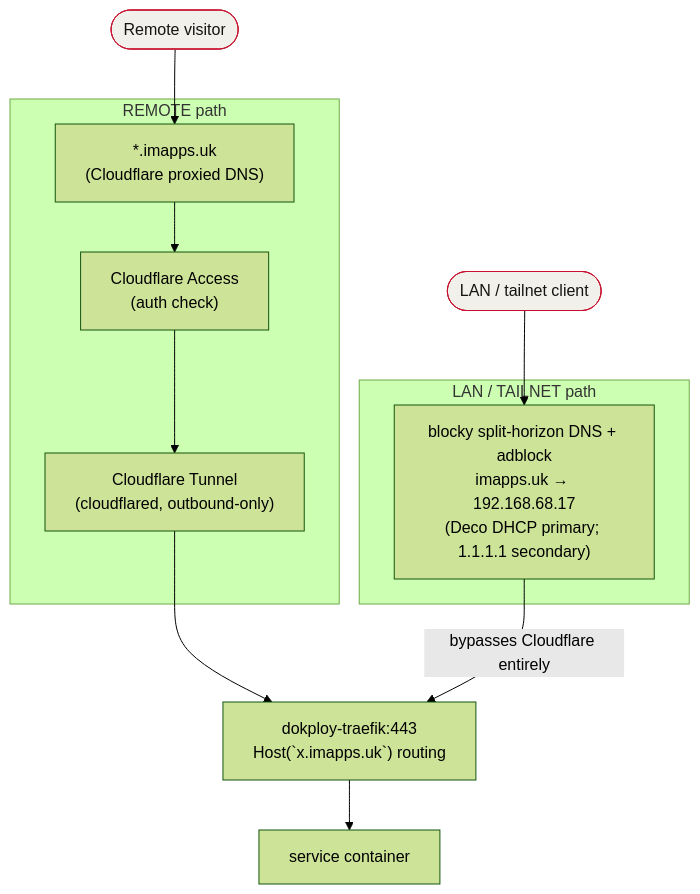
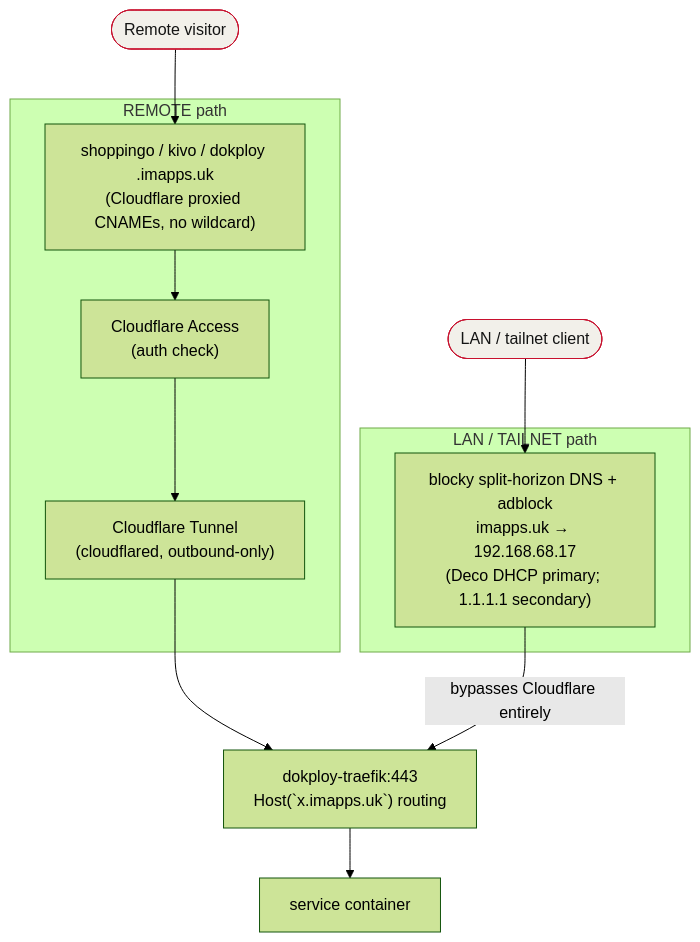
One commit to igor-siergiej/foundry changed the diagram in docs/homelab.md. Above: the diagram before and after it, drawn with Mermaid (forest theme). The commit also changed other lines of this file and 6 other files, not shown here.

First line of the commit message:
infra(dns): replace *.imapps.uk wildcard with per-app public records

````diff
--- a/docs/homelab.md
+++ b/docs/homelab.md
@@ -31,24 +31,24 @@
 ```mermaid
 flowchart TB
     remoteUser([Remote visitor]):::ext
     lanUser([LAN / tailnet client]):::ext
 
     subgraph remote["REMOTE path"]
-        cfdns["*.imapps.uk<br/>(Cloudflare proxied DNS)"]
+        cfdns["shoppingo / kivo / dokploy .imapps.uk<br/>(Cloudflare proxied CNAMEs, no wildcard)"]
         access["Cloudflare Access<br/>(auth check)"]
         tunnel["Cloudflare Tunnel<br/>(cloudflared, outbound-only)"]
     end
 
     subgraph lan["LAN / TAILNET path"]
         blocky["blocky split-horizon DNS + adblock<br/>imapps.uk → 192.168.68.17<br/>(Deco DHCP primary; 1.1.1.1 secondary)"]
     end
 
     traefik["dokploy-traefik:443<br/>Host(`x.imapps.uk`) routing"]
     svc["service container"]
 
     remoteUser --> cfdns --> access --> tunnel --> traefik
     lanUser --> blocky -->|bypasses Cloudflare entirely| traefik
     traefik --> svc
 
     classDef ext fill:#f2f0ea,stroke:#c8102e,color:#141414;
 ```
````
